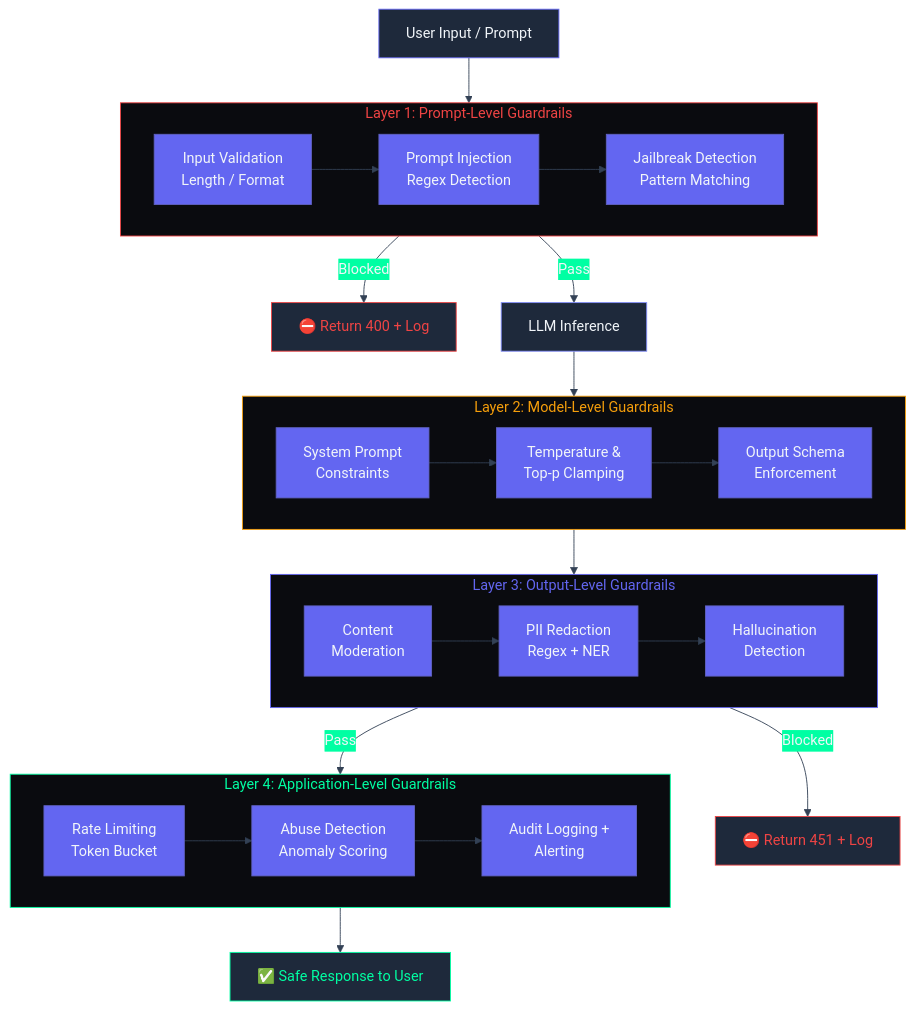
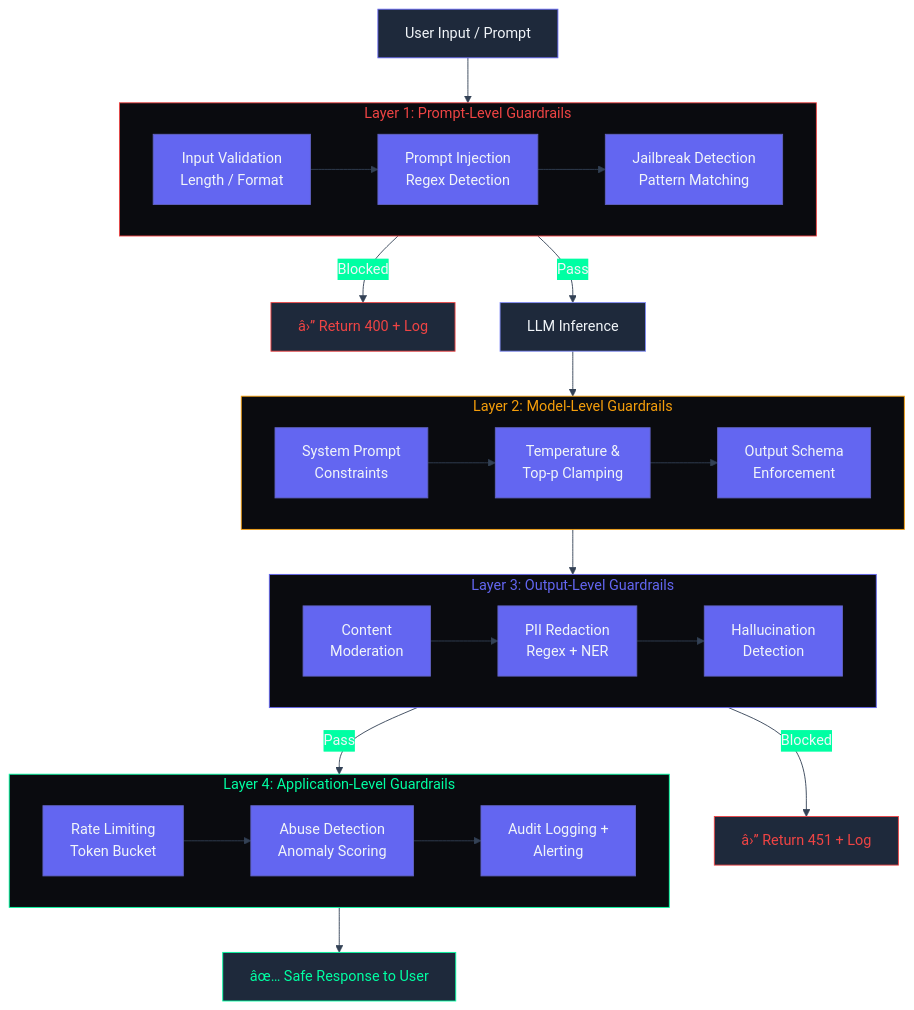
One commit to rohitkumarnaidu/ARIA-OS---SecondBrain- changed the diagram in docs/ai/Guardrails.md. Above: the diagram before and after it, drawn with Mermaid. The commit also changed other lines of this file and 9 other files, not shown here.

````diff
--- a/docs/ai/Guardrails.md
+++ b/docs/ai/Guardrails.md
@@ -111,51 +111,51 @@
 ```mermaid
 %%{init: {'theme': 'base', 'themeVariables': { 'background': '#0A0B0F', 'primaryColor': '#6366F1', 'secondaryColor': '#00FFA3', 'tertiaryColor': '#1E293B', 'primaryTextColor': '#F1F5F9', 'secondaryTextColor': '#94A3B8', 'lineColor': '#334155', 'fontFamily': 'DM Sans' }}}%%
 graph TD
     Input["User Input / Prompt"] --> L1
 
     subgraph L1["Layer 1: Prompt-Level Guardrails"]
         direction LR
         IV["Input Validation<br/>Length / Format"] --> PID["Prompt Injection<br/>Regex Detection"]
         PID --> JD["Jailbreak Detection<br/>Pattern Matching"]
     end
 
-    L1 -->|Blocked| Block1["⛔ Return 400 + Log"]
+    L1 -->|Blocked| Block1["â›” Return 400 + Log"]
     L1 -->|Pass| LLM["LLM Inference"]
 
     LLM --> L2
 
     subgraph L2["Layer 2: Model-Level Guardrails"]
         direction LR
         SP["System Prompt<br/>Constraints"] --> TC["Temperature &<br/>Top-p Clamping"]
         TC --> OS["Output Schema<br/>Enforcement"]
     end
 
     L2 --> L3
 
     subgraph L3["Layer 3: Output-Level Guardrails"]
         direction LR
         CM["Content<br/>Moderation"] --> PII["PII Redaction<br/>Regex + NER"]
         PII --> HD["Hallucination<br/>Detection"]
     end
 
-    L3 -->|Blocked| Block2["⛔ Return 451 + Log"]
+    L3 -->|Blocked| Block2["â›” Return 451 + Log"]
     L3 -->|Pass| L4
 
     subgraph L4["Layer 4: Application-Level Guardrails"]
         direction LR
         RL["Rate Limiting<br/>Token Bucket"] --> AD["Abuse Detection<br/>Anomaly Scoring"]
         AD --> AL["Audit Logging +<br/>Alerting"]
     end
 
-    L4 --> Safe["✅ Safe Response to User"]
+    L4 --> Safe["âœ… Safe Response to User"]
 
     style Input fill:#1E293B,stroke:#6366F1,color:#F1F5F9
     style L1 fill:#0A0B0F,stroke:#EF4444,color:#EF4444
     style L2 fill:#0A0B0F,stroke:#F59E0B,color:#F59E0B
     style L3 fill:#0A0B0F,stroke:#6366F1,color:#6366F1
     style L4 fill:#0A0B0F,stroke:#00FFA3,color:#00FFA3
     style LLM fill:#1E293B,stroke:#818CF8,color:#F1F5F9
     style Block1 fill:#1E293B,stroke:#EF4444,color:#EF4444
     style Block2 fill:#1E293B,stroke:#EF4444,color:#EF4444
     style Safe fill:#1E293B,stroke:#00FFA3,color:#00FFA3
 ```
````
